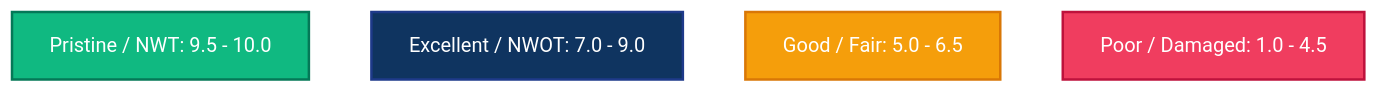
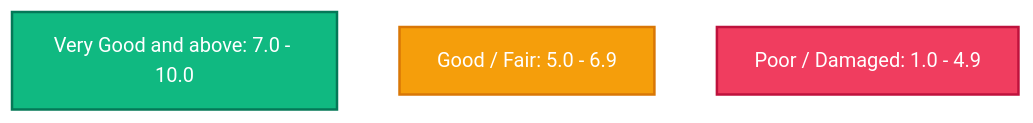
One commit to dj-pearson/GradeThread changed the diagram in vault/20-domain/brand-design-system.md. Above: the diagram before and after it, drawn with Mermaid. The commit also changed other lines of this file and 17 other files, not shown here.

````diff
--- a/vault/20-domain/brand-design-system.md
+++ b/vault/20-domain/brand-design-system.md
@@ -67,12 +67,10 @@
 ```mermaid
 graph TD
     classDef pristine fill:#10B981,stroke:#047857,color:#fff,stroke-width:2px;
-    classDef excellent fill:#0F3460,stroke:#1E3A8A,color:#fff,stroke-width:2px;
     classDef standard fill:#F59E0B,stroke:#D97706,color:#fff,stroke-width:2px;
     classDef damaged fill:#F03D5F,stroke:#BE123C,color:#fff,stroke-width:2px;
 
-    T1[Pristine / NWT: 9.5 - 10.0]:::pristine
-    T2[Excellent / NWOT: 7.0 - 9.0]:::excellent
-    T3[Good / Fair: 5.0 - 6.5]:::standard
-    T4[Poor / Damaged: 1.0 - 4.5]:::damaged
+    T1[Very Good and above: 7.0 - 10.0]:::pristine
+    T2[Good / Fair: 5.0 - 6.9]:::standard
+    T3[Poor / Damaged: 1.0 - 4.9]:::damaged
 ```
````
